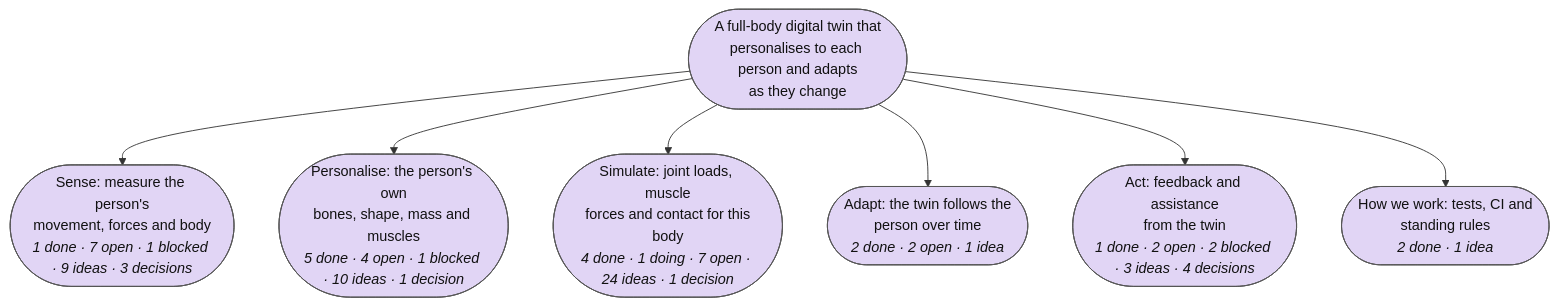
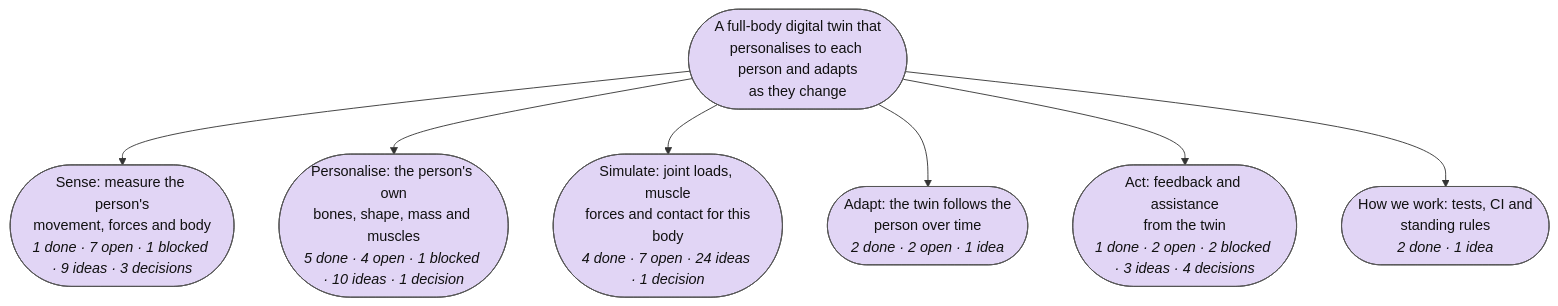
The first of 7 diagrams in plan/MAP.md (Sigurius23/Rehab-agent), drawn with Mermaid before and after one commit. The commit also changed other lines of this file and 11 other files, not shown here.

````diff
--- a/plan/MAP.md
+++ b/plan/MAP.md
@@ -9,35 +9,35 @@
 ```mermaid
 flowchart TB
   r(["A full-body digital twin that<br/>personalises to each person and adapts<br/>as they change"]):::goal_open
   p0(["Sense: measure the person's<br/>movement, forces and body<br/><i>1 done · 7 open · 1 blocked · 9 ideas · 3 decisions</i>"]):::goal_open
   r --> p0
   p1(["Personalise: the person's own<br/>bones, shape, mass and muscles<br/><i>5 done · 4 open · 1 blocked · 10 ideas · 1 decision</i>"]):::goal_open
   r --> p1
-  p2(["Simulate: joint loads, muscle<br/>forces and contact for this<br/>body<br/><i>4 done · 1 doing · 7 open · 24 ideas · 1 decision</i>"]):::goal_open
+  p2(["Simulate: joint loads, muscle<br/>forces and contact for this<br/>body<br/><i>4 done · 7 open · 24 ideas · 1 decision</i>"]):::goal_open
   r --> p2
   p3(["Adapt: the twin follows the<br/>person over time<br/><i>2 done · 2 open · 1 idea</i>"]):::goal_open
   r --> p3
   p4(["Act: feedback and assistance<br/>from the twin<br/><i>1 done · 2 open · 2 blocked · 3 ideas · 4 decisions</i>"]):::goal_open
   r --> p4
   p5(["How we work: tests, CI and<br/>standing rules<br/><i>2 done · 1 idea</i>"]):::goal_open
   r --> p5
   classDef goal_open fill:#e1d5f5,stroke:#555,color:#111
   classDef goal_done fill:#c8e6c9,stroke:#555,color:#111
   classDef step_open fill:#ffffff,stroke:#555,color:#111
   classDef step_doing fill:#fff3c4,stroke:#555,color:#111
   classDef step_done fill:#c8e6c9,stroke:#555,color:#111
   classDef step_blocked fill:#ffe0b2,stroke:#555,color:#111
   classDef step_dropped fill:#eeeeee,stroke:#555,color:#111
   classDef test_planned fill:#ffffff,stroke:#555,color:#111
   classDef test_running fill:#fff3c4,stroke:#555,color:#111
   classDef test_passed fill:#c8e6c9,stroke:#555,color:#111
   classDef test_failed fill:#ffcdd2,stroke:#555,color:#111
   classDef test_mixed fill:#fff3c4,stroke:#555,color:#111
   classDef test_dropped fill:#eeeeee,stroke:#555,color:#111
   classDef idea_new fill:#d7f0f7,stroke:#555,color:#111,stroke-dasharray: 4 3
   classDef idea_promoted fill:#eeeeee,stroke:#555,color:#111,stroke-dasharray: 4 3
   classDef idea_dropped fill:#eeeeee,stroke:#555,color:#111,stroke-dasharray: 4 3
   classDef decision_open fill:#ffe0b2,stroke:#555,color:#111
   classDef decision_decided fill:#ffe0b2,stroke:#555,color:#111
   classDef external fill:#f5f5f5,stroke:#aaa,color:#777,stroke-dasharray: 2 2
 ```
````
